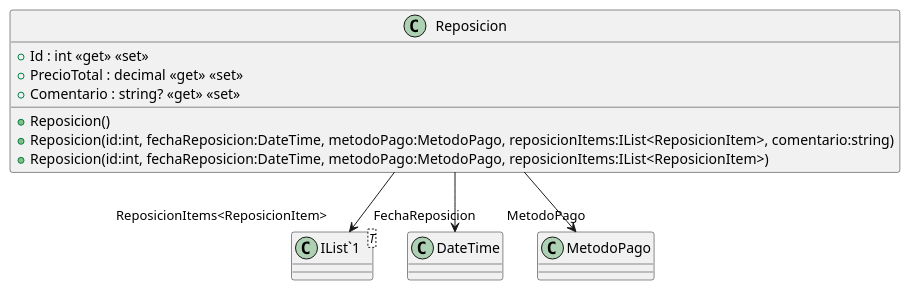
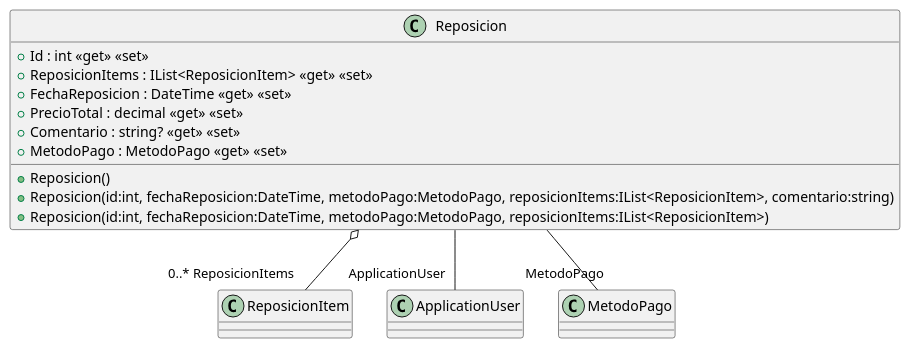
One commit to ISII2627DDNProject/ISII2627DDNProject changed the diagram in src/AppForSEII.API/ClassDiagram/Reposicion.puml. Above: the diagram before and after it, drawn with PlantUML. The commit also changed other lines of this file and 11 other files, not shown here.

Commit message:
Creación del diagramde de clases del CU2: Reponer libros

```diff
--- a/src/AppForSEII.API/ClassDiagram/Reposicion.puml
+++ b/src/AppForSEII.API/ClassDiagram/Reposicion.puml
@@ -1,15 +1,19 @@
 @startuml
 class Reposicion {
     + Reposicion()
     + Reposicion(id:int, fechaReposicion:DateTime, metodoPago:MetodoPago, reposicionItems:IList<ReposicionItem>, comentario:string)
     + Reposicion(id:int, fechaReposicion:DateTime, metodoPago:MetodoPago, reposicionItems:IList<ReposicionItem>)
     + Id : int <<get>> <<set>>
+    + ReposicionItems : IList<ReposicionItem> <<get>> <<set>>
+    + FechaReposicion : DateTime <<get>> <<set>>
     + PrecioTotal : decimal <<get>> <<set>>
     + Comentario : string? <<get>> <<set>>
+    + MetodoPago : MetodoPago <<get>> <<set>>
 }
-class "IList`1"<T> {
-}
-Reposicion --> "ReposicionItems<ReposicionItem>" "IList`1"
-Reposicion --> "FechaReposicion" DateTime
-Reposicion --> "MetodoPago" MetodoPago
+
+Reposicion o-- "0..* ReposicionItems" "ReposicionItem"
+Reposicion -- "ApplicationUser" ApplicationUser
+Reposicion -- "MetodoPago" MetodoPago
+
+
 @enduml
```
